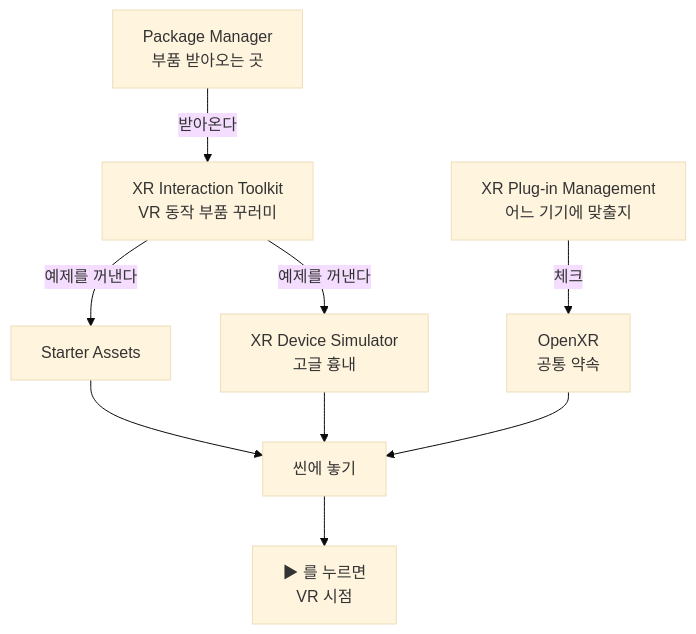
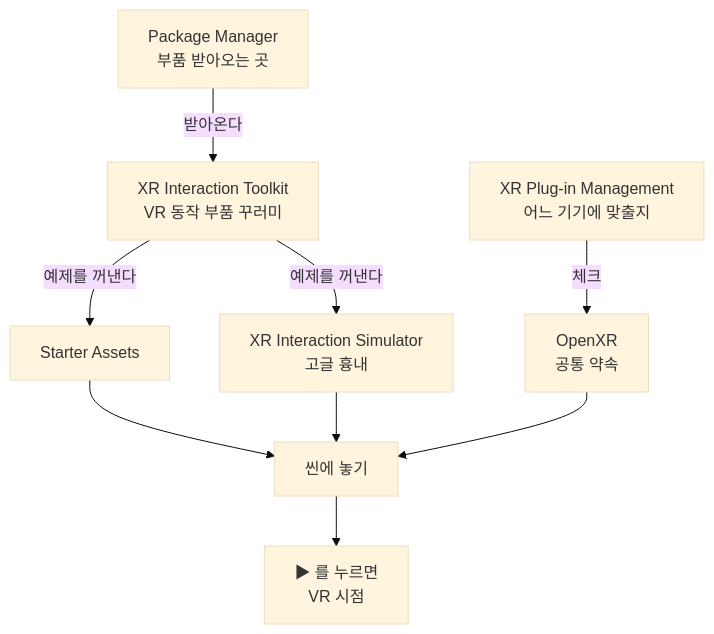
One commit to KooHoo-Dev/kdc-meta-verse-nocode-lecture changed the fifth of 5 diagrams in Docs/1. NoCode/5. XR/28_xr_setup_nocode.md. Above: the diagram before and after it, drawn with Mermaid (base theme). The commit also changed other lines of this file and 15 other files, not shown here.

````diff
--- a/Docs/1. NoCode/5. XR/28_xr_setup_nocode.md
+++ b/Docs/1. NoCode/5. XR/28_xr_setup_nocode.md
@@ -396,13 +428,13 @@
 ```mermaid
 flowchart TB
     PM["Package Manager<br/>부품 받아오는 곳"] -->|받아온다| K["XR Interaction Toolkit<br/>VR 동작 부품 꾸러미"]
     K -->|예제를 꺼낸다| S1["Starter Assets"]
-    K -->|예제를 꺼낸다| S2["XR Device Simulator<br/>고글 흉내"]
+    K -->|예제를 꺼낸다| S2["XR Interaction Simulator<br/>고글 흉내"]
 
     PS["XR Plug-in Management<br/>어느 기기에 맞출지"] -->|체크| OX["OpenXR<br/>공통 약속"]
 
     S1 --> SC["씬에 놓기"]
     S2 --> SC
     OX --> SC
     SC --> P["▶ 를 누르면<br/>VR 시점"]
 ```
````
